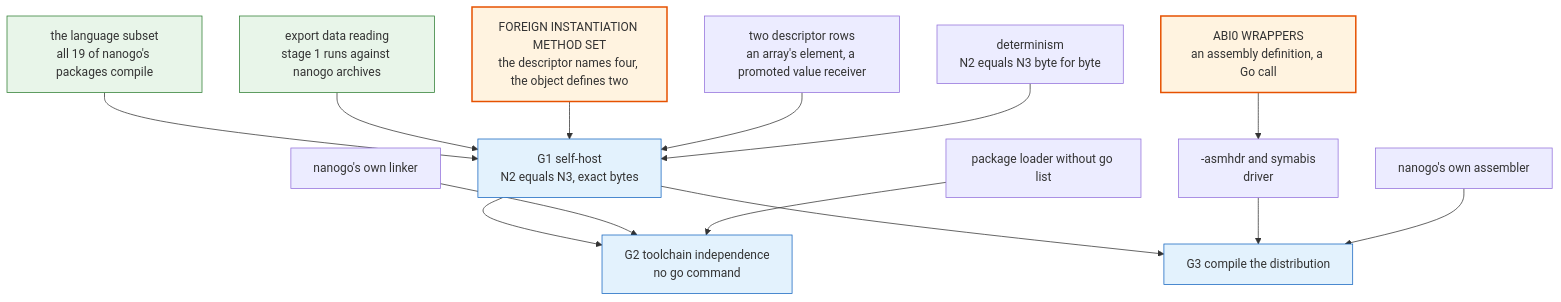
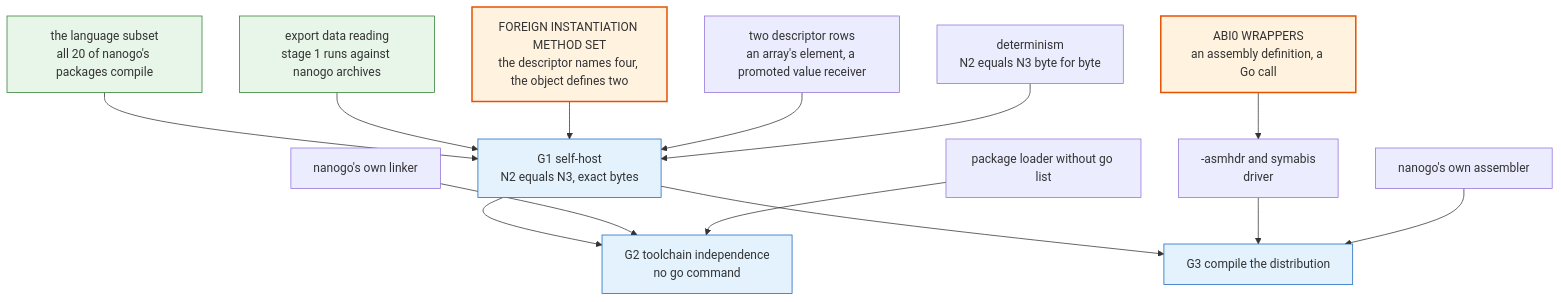
Before and after one commit to golang-design/nanogo: the diagram in specs/005-remaining-work.md, drawn with Mermaid. The commit also changed other lines of this file and 17 other files, not shown here.

````diff
--- a/specs/005-remaining-work.md
+++ b/specs/005-remaining-work.md
@@ -64,39 +64,39 @@
 ```mermaid
 graph TD
   classDef done fill:#e8f5e9,stroke:#2e7d32
   classDef key fill:#fff3e0,stroke:#e65100,stroke-width:2px
   classDef gate fill:#e3f2fd,stroke:#1565c0
 
-  LANG["the language subset<br/>all 19 of nanogo's packages compile"]:::done
+  LANG["the language subset<br/>all 20 of nanogo's packages compile"]:::done
   READ["export data reading<br/>stage 1 runs against nanogo archives"]:::done
 
   MSET["FOREIGN INSTANTIATION METHOD SET<br/>the descriptor names four, the object defines two"]:::key
   DESC["two descriptor rows<br/>an array's element, a promoted value receiver"]
   DET["determinism<br/>N2 equals N3 byte for byte"]
 
   ASM["ABI0 WRAPPERS<br/>an assembly definition, a Go call"]:::key
   HDR["-asmhdr and symabis<br/>driver"]
   ASSEM["nanogo's own assembler"]
 
   LINK["nanogo's own linker"]
   LOAD["package loader without go list"]
 
   G1["G1 self-host<br/>N2 equals N3, exact bytes"]:::gate
   G2["G2 toolchain independence<br/>no go command"]:::gate
   G3["G3 compile the distribution"]:::gate
 
   LANG --> G1
   READ --> G1
   MSET --> G1
   DESC --> G1
   DET --> G1
 
   G1 --> G2
   LINK --> G2
   LOAD --> G2
 
   G1 --> G3
   ASM --> HDR
   HDR --> G3
   ASSEM --> G3
 ```
````
